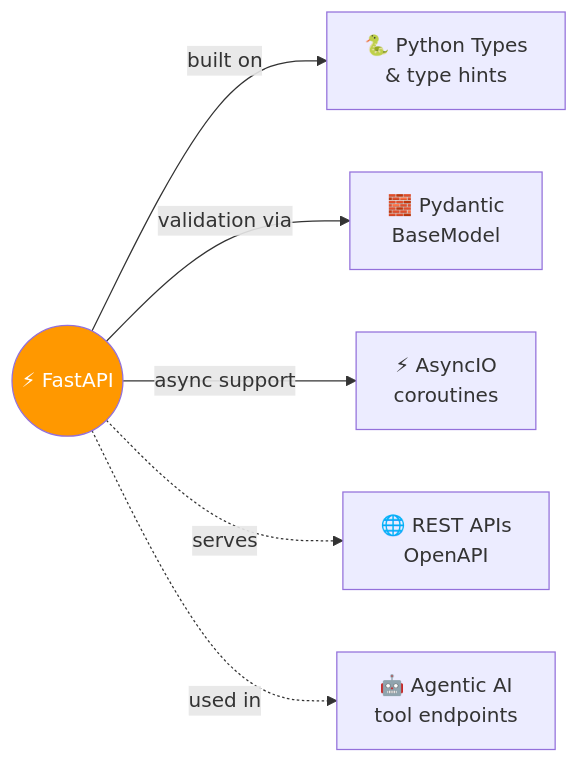
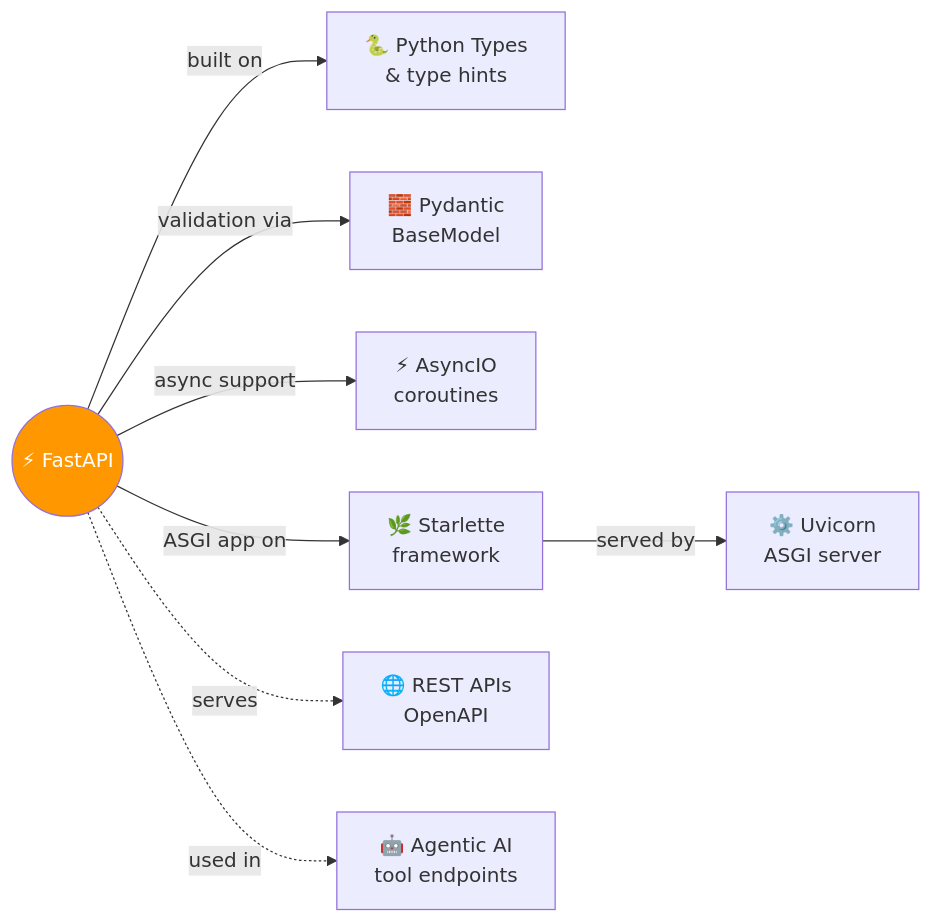
The diagram in tech/fastapi/README.md (AyushSonuu/my-memory), drawn with Mermaid before and after one commit. The commit also changed other lines of this file and 7 other files, not shown here.

Commit message:
🆕 new: FastAPI L05+L06 — ASGI Protocol & MiniAPI (scope/receive/send, Uvicorn internals, build-your-own framework)

````diff
--- a/tech/fastapi/README.md
+++ b/tech/fastapi/README.md
@@ -9,11 +9,13 @@
 ```mermaid
 graph LR
     FA(("⚡ FastAPI"))
-    FA -->|"built on"| PY["🐍 Python Types<br/>& type hints"]
+    FA -->|"built on"| PY["🐍 Python Types<br/>&amp; type hints"]
     FA -->|"validation via"| PD["🧱 Pydantic<br/>BaseModel"]
     FA -->|"async support"| AIO["⚡ AsyncIO<br/>coroutines"]
+    FA -->|"ASGI app on"| ST["🌿 Starlette<br/>framework"]
+    ST -->|"served by"| UV["⚙️ Uvicorn<br/>ASGI server"]
     FA -.->|"serves"| API["🌐 REST APIs<br/>OpenAPI"]
     FA -.->|"used in"| AG["🤖 Agentic AI<br/>tool endpoints"]
 
     style FA fill:#ff9800,color:#fff
 ```
````
